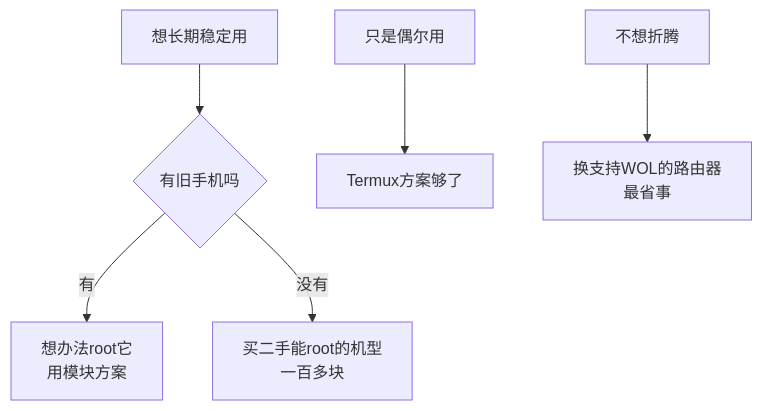
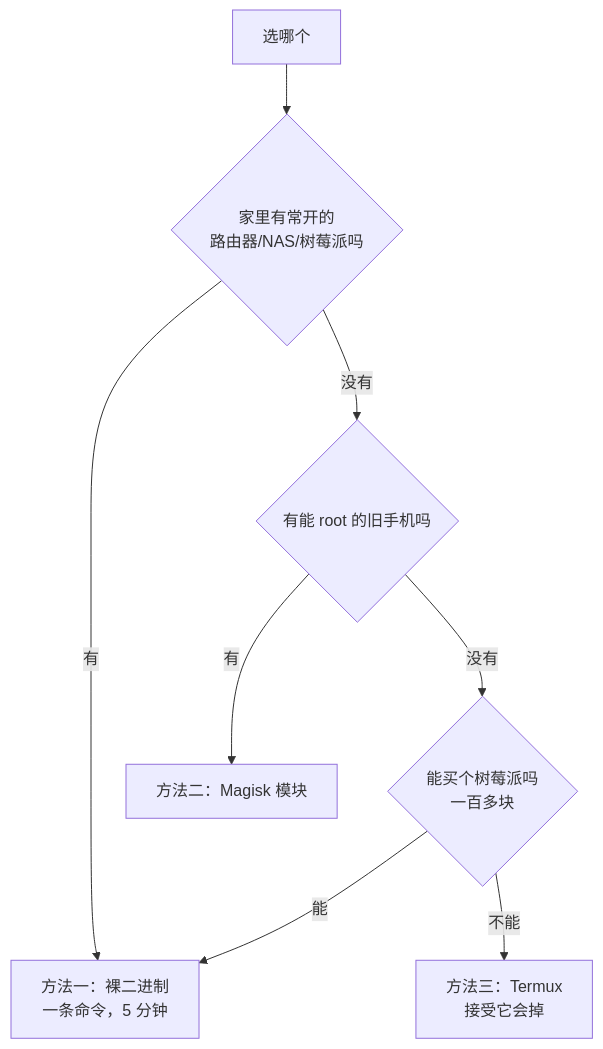
The third of 3 diagrams in docs/05-没有root怎么办.md (huangJUN6666/wol-relay-android), drawn with Mermaid before and after one commit. The commit also changed other lines of this file and 31 other files, not shown here.

````diff
--- a/docs/05-没有root怎么办.md
+++ b/docs/05-没有root怎么办.md
@@ -266,8 +264,10 @@
 ```mermaid
 flowchart TD
-    A[想长期稳定用] --> B{有旧手机吗}
-    B -->|有| C[想办法root它<br/>用模块方案]
-    B -->|没有| D[买二手能root的机型<br/>一百多块]
-    A2[只是偶尔用] --> E[Termux方案够了]
-    A3[不想折腾] --> F[换支持WOL的路由器<br/>最省事]
+    A[选哪个] --> B{家里有常开的<br/>路由器/NAS/树莓派吗}
+    B -->|有| C["方法一：裸二进制<br/>一条命令，5 分钟"]
+    B -->|没有| D{有能 root 的旧手机吗}
+    D -->|有| E["方法二：Magisk 模块"]
+    D -->|没有| F{能买个树莓派吗<br/>一百多块}
+    F -->|能| C
+    F -->|不能| G["方法三：Termux<br/>接受它会掉"]
 ```
````
